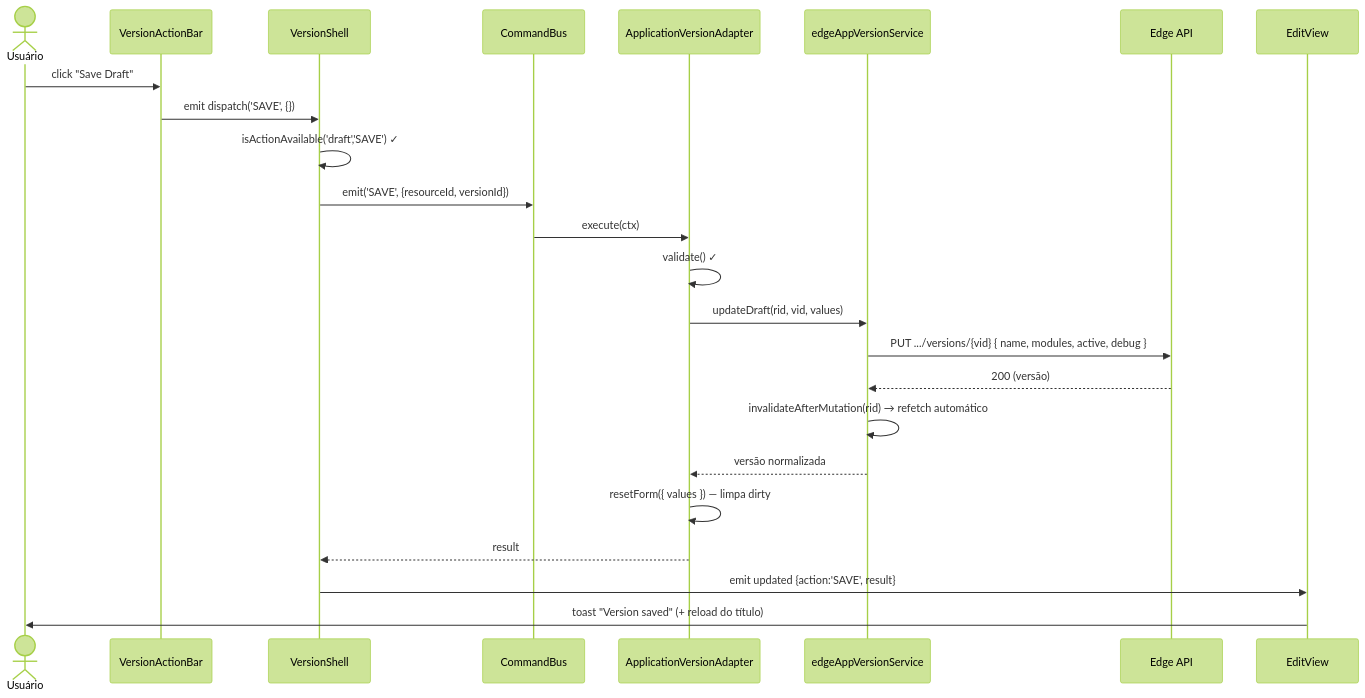
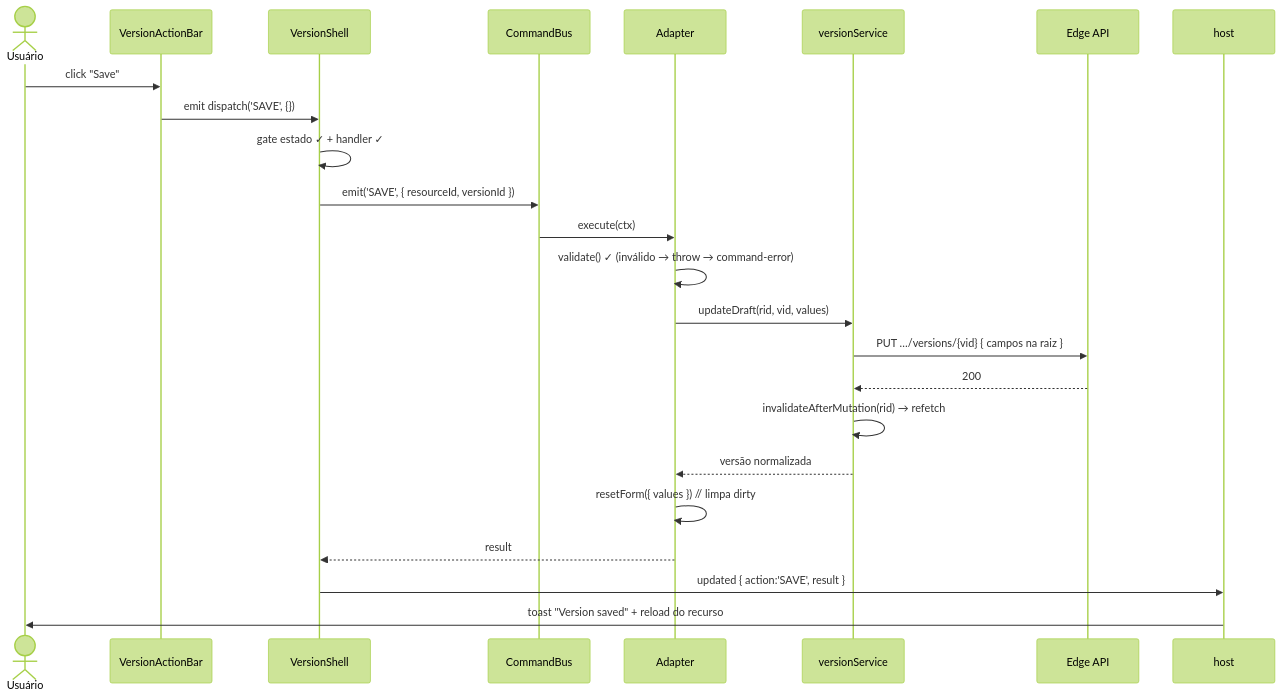
The fifth of 10 diagrams in docs/VERSION-SHELL.md (aziontech/azion-console-kit), drawn with Mermaid (forest theme) before and after one commit. The commit also changed other lines of this file and 68 other files, not shown here.

````diff
--- a/docs/VERSION-SHELL.md
+++ b/docs/VERSION-SHELL.md
@@ -317,27 +1141,26 @@
 ```mermaid
 sequenceDiagram
   actor U as Usuário
-  participant AB as VersionActionBar
+  participant BAR as VersionActionBar
   participant SH as VersionShell
   participant BUS as CommandBus
-  participant AD as ApplicationVersionAdapter
-  participant SV as edgeAppVersionService
+  participant AD as Adapter
+  participant SV as versionService
   participant API as Edge API
-  participant EV as EditView
-
-  U->>AB: click "Save Draft"
-  AB->>SH: emit dispatch('SAVE', {})
-  SH->>SH: isActionAvailable('draft','SAVE') ✓
-  SH->>BUS: emit('SAVE', {resourceId, versionId})
+  participant H as host
+  U->>BAR: click "Save"
+  BAR->>SH: emit dispatch('SAVE', {})
+  SH->>SH: gate estado ✓ + handler ✓
+  SH->>BUS: emit('SAVE', { resourceId, versionId })
   BUS->>AD: execute(ctx)
-  AD->>AD: validate() ✓
+  AD->>AD: validate() ✓ (inválido → throw → command-error)
   AD->>SV: updateDraft(rid, vid, values)
-  SV->>API: PUT .../versions/{vid} { name, modules, active, debug }
-  API-->>SV: 200 (versão)
-  SV->>SV: invalidateAfterMutation(rid) → refetch automático
+  SV->>API: PUT …/versions/{vid} { campos na raiz }
+  API-->>SV: 200
+  SV->>SV: invalidateAfterMutation(rid) → refetch
   SV-->>AD: versão normalizada
-  AD->>AD: resetForm({ values }) — limpa dirty
+  AD->>AD: resetForm({ values })  // limpa dirty
   AD-->>SH: result
-  SH->>EV: emit updated {action:'SAVE', result}
-  EV->>U: toast "Version saved" (+ reload do título)
+  SH->>H: updated { action:'SAVE', result }
+  H->>U: toast "Version saved" + reload do recurso
 ```
````
